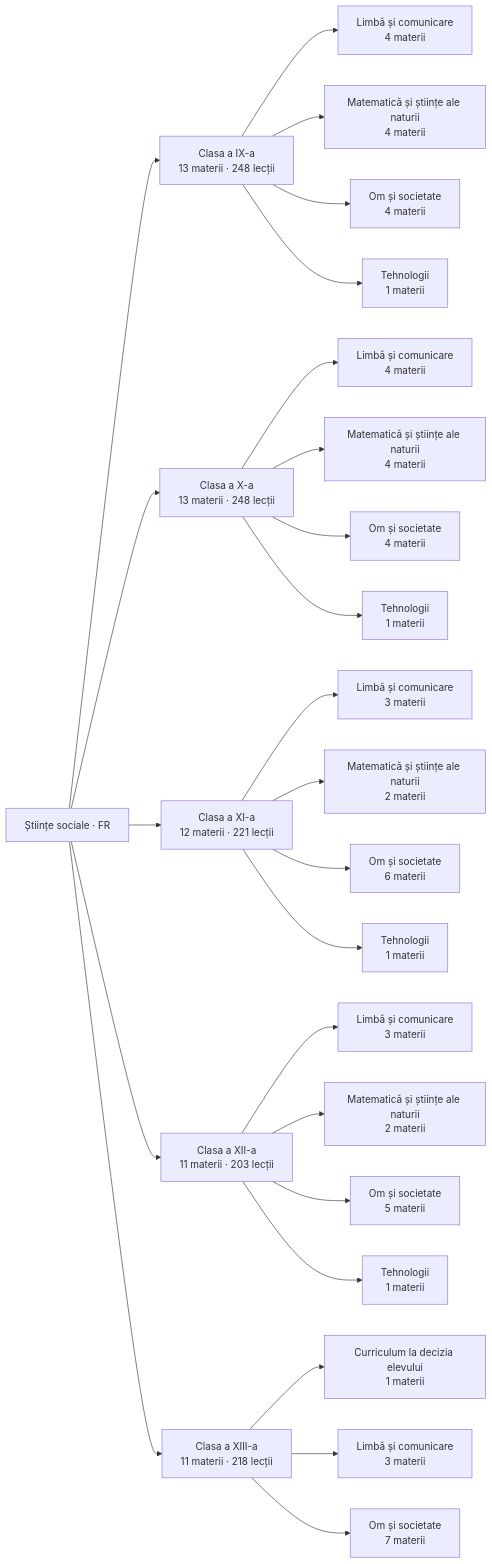
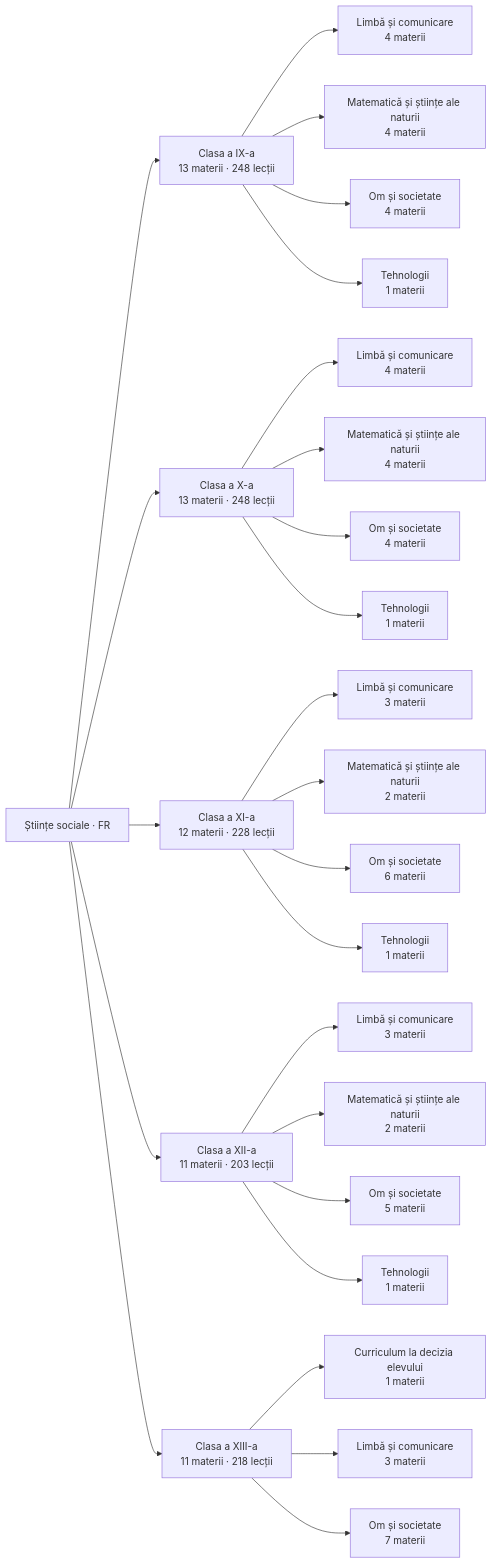
Before and after one commit to almeueste777-ops/Stiinte01: the diagram in vault/Hartă de învățare.md, drawn with Mermaid. The commit also changed other lines of this file and 22 other files, not shown here.

Commit message:
Graphify: regenerez vault-ul Obsidian din date

````diff
--- a/vault/Hartă de învățare.md
+++ b/vault/Hartă de învățare.md
@@ -10,52 +10,52 @@
 ```mermaid
 graph LR
   P["Științe sociale · FR"]
   C0["Clasa a IX-a<br/>13 materii · 248 lecții"]
   P --> C0
   A0_0["Limbă și comunicare<br/>4 materii"]
   C0 --> A0_0
   A0_1["Matematică și științe ale naturii<br/>4 materii"]
   C0 --> A0_1
   A0_2["Om și societate<br/>4 materii"]
   C0 --> A0_2
   A0_3["Tehnologii<br/>1 materii"]
   C0 --> A0_3
   C1["Clasa a X-a<br/>13 materii · 248 lecții"]
   P --> C1
   A1_0["Limbă și comunicare<br/>4 materii"]
   C1 --> A1_0
   A1_1["Matematică și științe ale naturii<br/>4 materii"]
   C1 --> A1_1
   A1_2["Om și societate<br/>4 materii"]
   C1 --> A1_2
   A1_3["Tehnologii<br/>1 materii"]
   C1 --> A1_3
-  C2["Clasa a XI-a<br/>12 materii · 221 lecții"]
+  C2["Clasa a XI-a<br/>12 materii · 228 lecții"]
   P --> C2
   A2_0["Limbă și comunicare<br/>3 materii"]
   C2 --> A2_0
   A2_1["Matematică și științe ale naturii<br/>2 materii"]
   C2 --> A2_1
   A2_2["Om și societate<br/>6 materii"]
   C2 --> A2_2
   A2_3["Tehnologii<br/>1 materii"]
   C2 --> A2_3
   C3["Clasa a XII-a<br/>11 materii · 203 lecții"]
   P --> C3
   A3_0["Limbă și comunicare<br/>3 materii"]
   C3 --> A3_0
   A3_1["Matematică și științe ale naturii<br/>2 materii"]
   C3 --> A3_1
   A3_2["Om și societate<br/>5 materii"]
   C3 --> A3_2
   A3_3["Tehnologii<br/>1 materii"]
   C3 --> A3_3
   C4["Clasa a XIII-a<br/>11 materii · 218 lecții"]
   P --> C4
   A4_0["Curriculum la decizia elevului<br/>1 materii"]
   C4 --> A4_0
   A4_1["Limbă și comunicare<br/>3 materii"]
   C4 --> A4_1
   A4_2["Om și societate<br/>7 materii"]
   C4 --> A4_2
 ```
````
